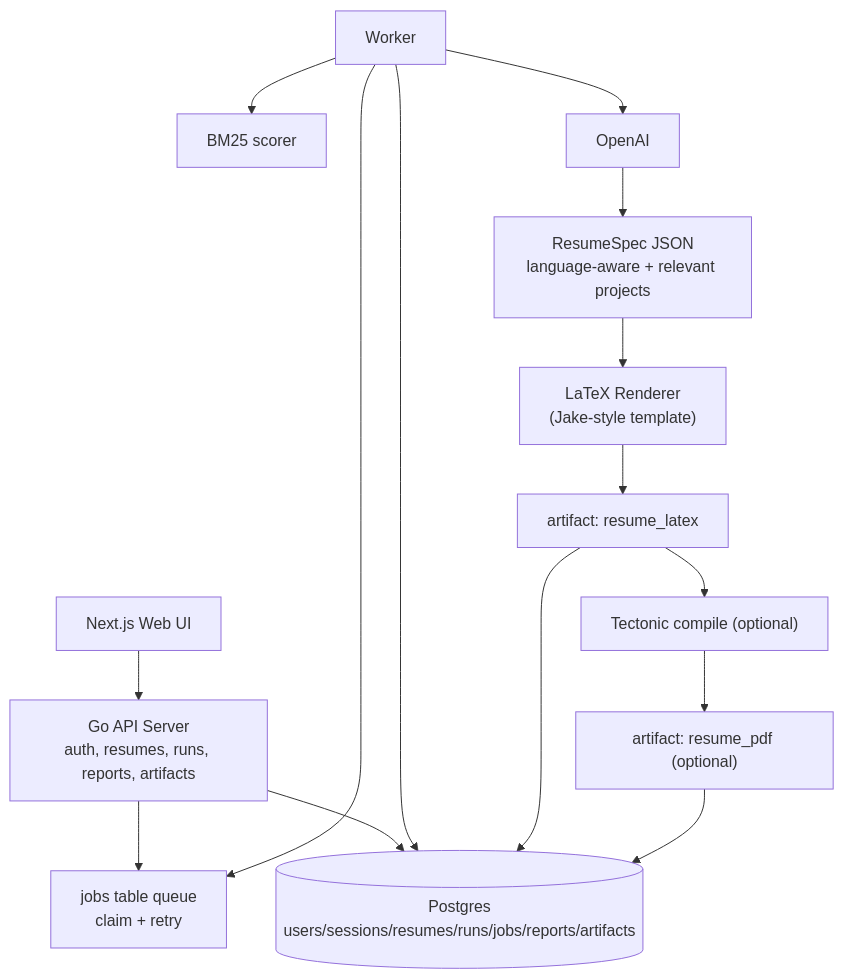
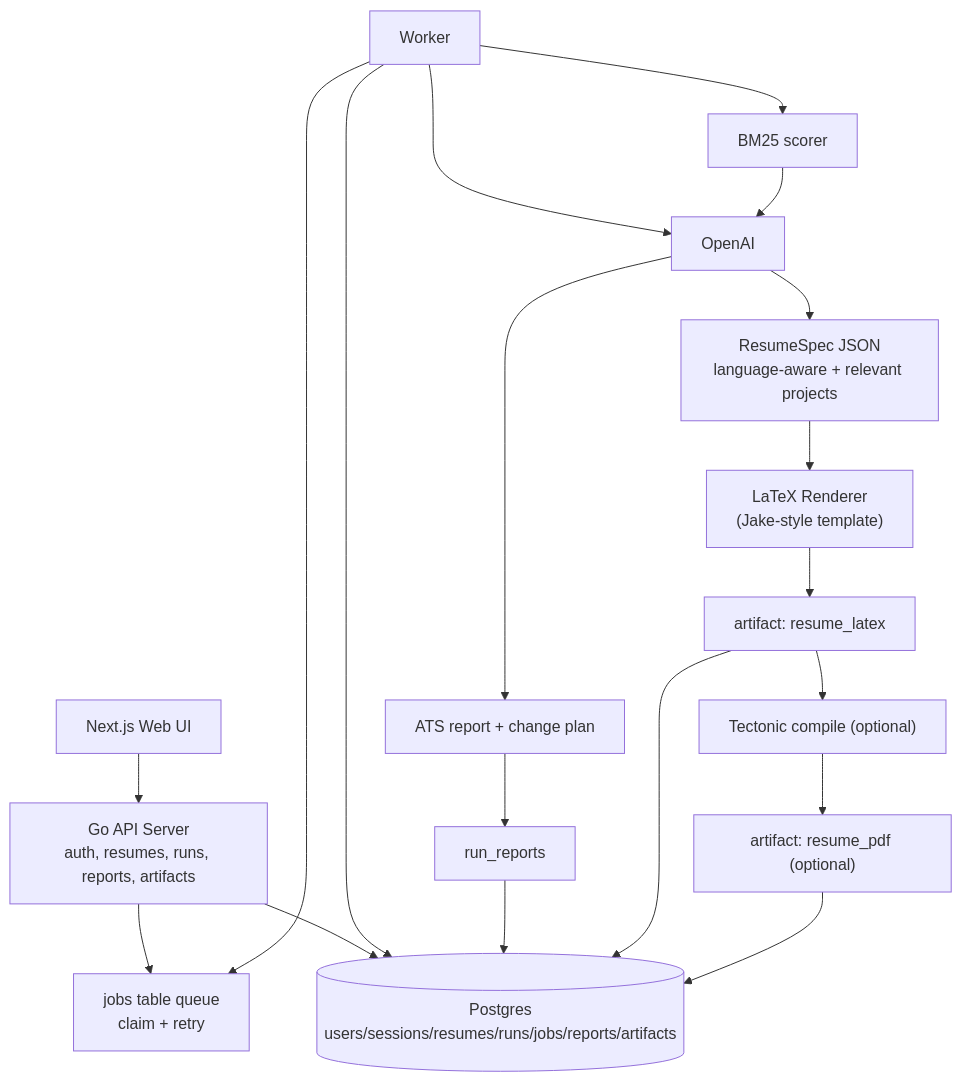
One commit to RayanMalki/resume-tailor changed the diagram in README.md. Above: the diagram before and after it, drawn with Mermaid. The commit also changed other lines of this file, not shown here.

````diff
--- a/README.md
+++ b/README.md
@@ -20,30 +21,36 @@
 ```mermaid
 flowchart TB
   UI["Next.js Web UI"]
   API["Go API Server<br/>auth, resumes, runs, reports, artifacts"]
   DB[("Postgres<br/>users/sessions/resumes/runs/jobs/reports/artifacts")]
   Q["jobs table queue<br/>claim + retry"]
   W["Worker"]
   BM25["BM25 scorer"]
   OAI["OpenAI"]
+  REPORTLLM["ATS report + change plan"]
   SPEC["ResumeSpec JSON<br/>language-aware + relevant projects"]
   RENDER["LaTeX Renderer<br/>(Jake-style template)"]
   TEX["artifact: resume_latex"]
   PDF["artifact: resume_pdf (optional)"]
   TECT["Tectonic compile (optional)"]
+  REPORTDB["run_reports"]
 
   UI --> API
   API --> DB
   API --> Q
   W --> Q
   W --> DB
   W --> BM25
   W --> OAI
+  BM25 --> OAI
+  OAI --> REPORTLLM
   OAI --> SPEC
+  REPORTLLM --> REPORTDB
+  REPORTDB --> DB
   SPEC --> RENDER
   RENDER --> TEX
   TEX --> DB
   TEX --> TECT
   TECT --> PDF
   PDF --> DB
 ```
````
